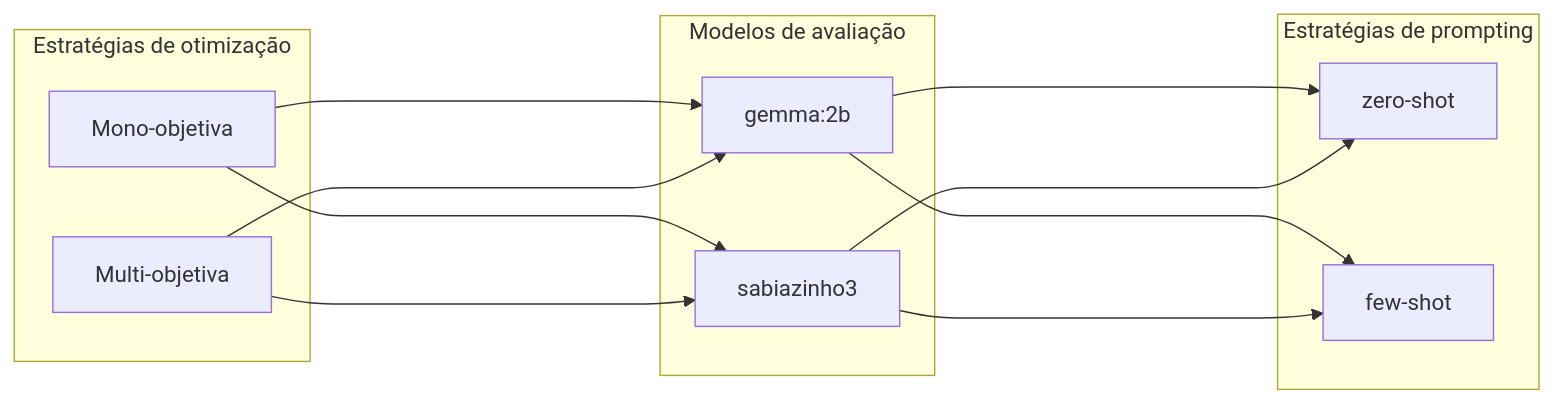
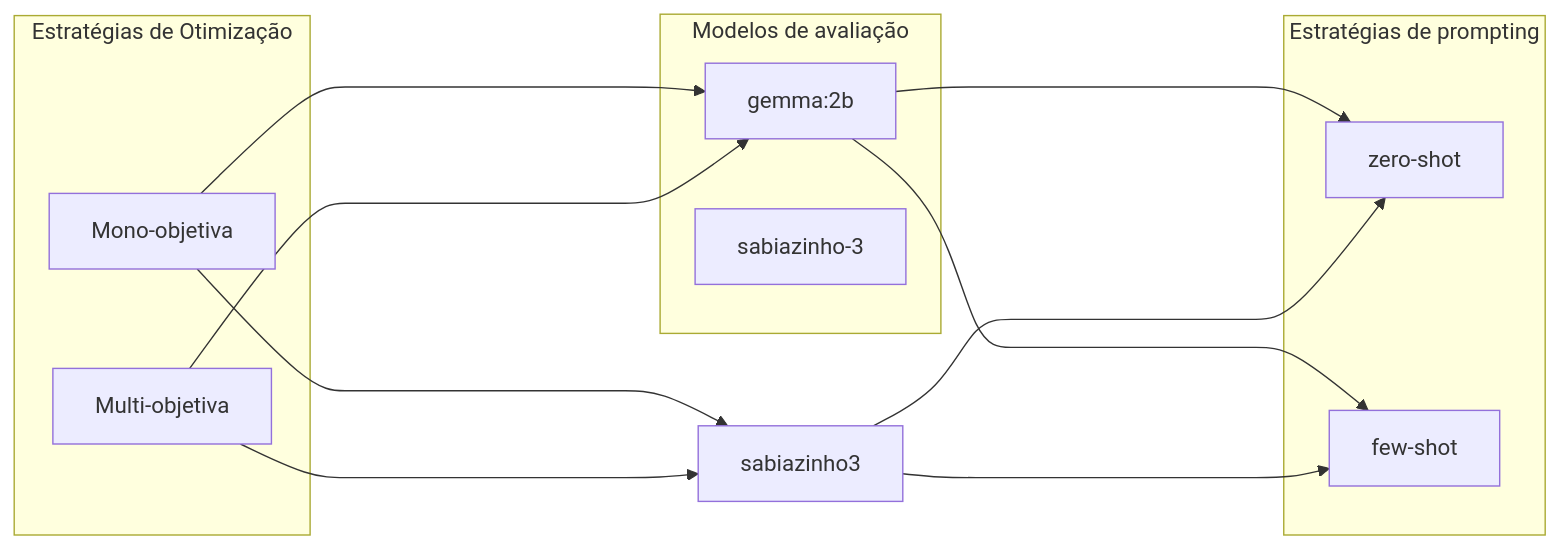
One commit to SaraCamara/mo-prompt-project changed the diagram in README.md. Above: the diagram before and after it, drawn with Mermaid. The commit also changed other lines of this file and 4 other files, not shown here.

````diff
--- a/README.md
+++ b/README.md
@@ -143,20 +149,20 @@
 ```mermaid
 graph LR;
 
-subgraph Estratégias de otimização
+subgraph Estratégias de Otimização
     Mono-objetiva
     Multi-objetiva
     end
 
 subgraph Modelos de avaliação  
     gemma:2b
-    sabiazinho3
+    sabiazinho-3
     end
 
 subgraph Estratégias de prompting
     zero-shot
     few-shot
     end
 
 Mono-objetiva & Multi-objetiva ------>  gemma:2b & sabiazinho3 ------> zero-shot & few-shot; 
 ```
````
